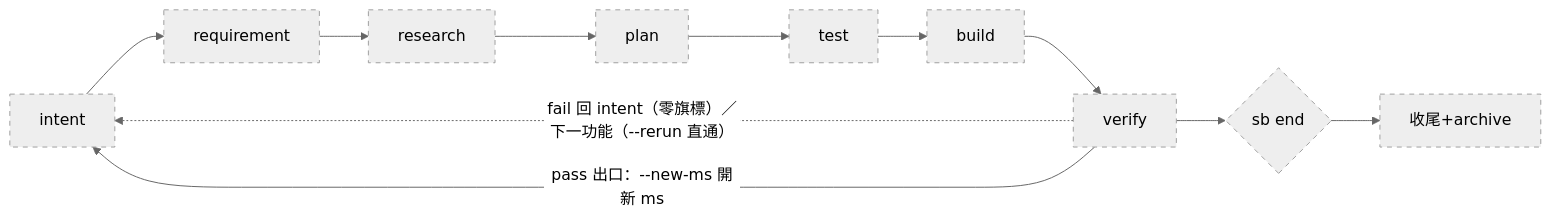
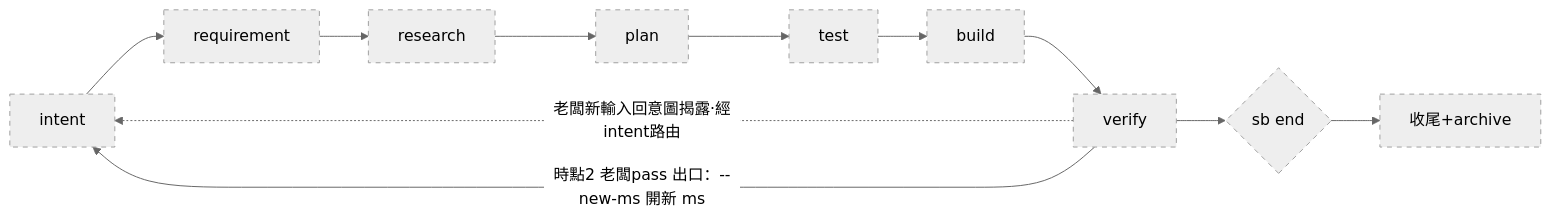
One commit to teps3105/shiftblame changed the first of 3 diagrams in skills/shiftblame/assets/SLUG.md. Above: the diagram before and after it, drawn with Mermaid (neutral theme). The commit also changed other lines of this file and 33 other files, not shown here.

````diff
--- a/skills/shiftblame/assets/SLUG.md
+++ b/skills/shiftblame/assets/SLUG.md
@@ -70,11 +70,11 @@
 ```mermaid
 flowchart LR
     A[intent]:::todo --> B[requirement]:::todo --> C[research]:::todo --> D[plan]:::todo
     D --> E[test]:::todo --> F[build]:::todo --> G[verify]:::todo
-    G -.->|fail 回 intent（零旗標）／下一功能（--rerun 直通）| A
-    G -->|pass 出口：--new-ms 開新 ms| A
+    G -.->|老闆新輸入回意圖揭露·經intent路由| A
+    G -->|時點2 老闆pass 出口：--new-ms 開新 ms| A
     G --> H{sb end}:::todo --> I[收尾+archive]:::todo
     classDef done fill:#c8e6c9,stroke:#388e3c
     classDef active fill:#ffe082,stroke:#f57f17,stroke-width:3px
     classDef todo fill:#eeeeee,stroke:#9e9e9e,stroke-dasharray: 5 5
 ```
````
